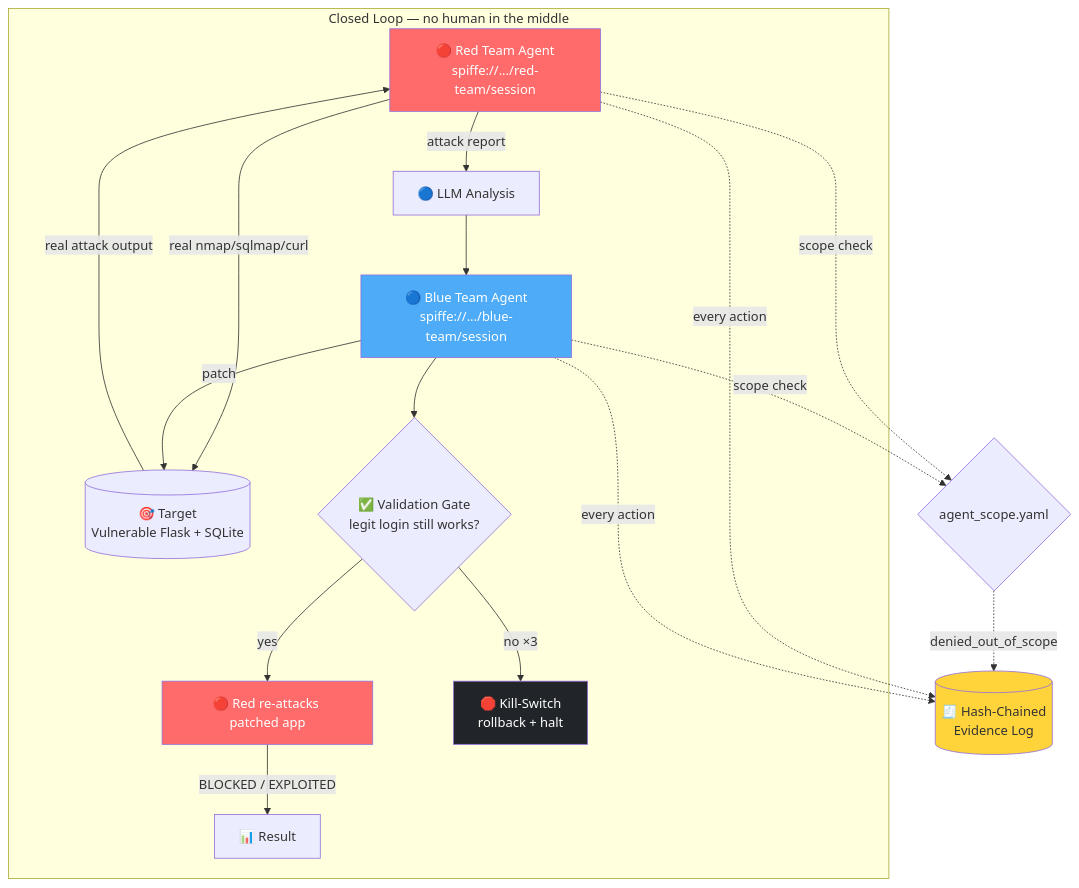
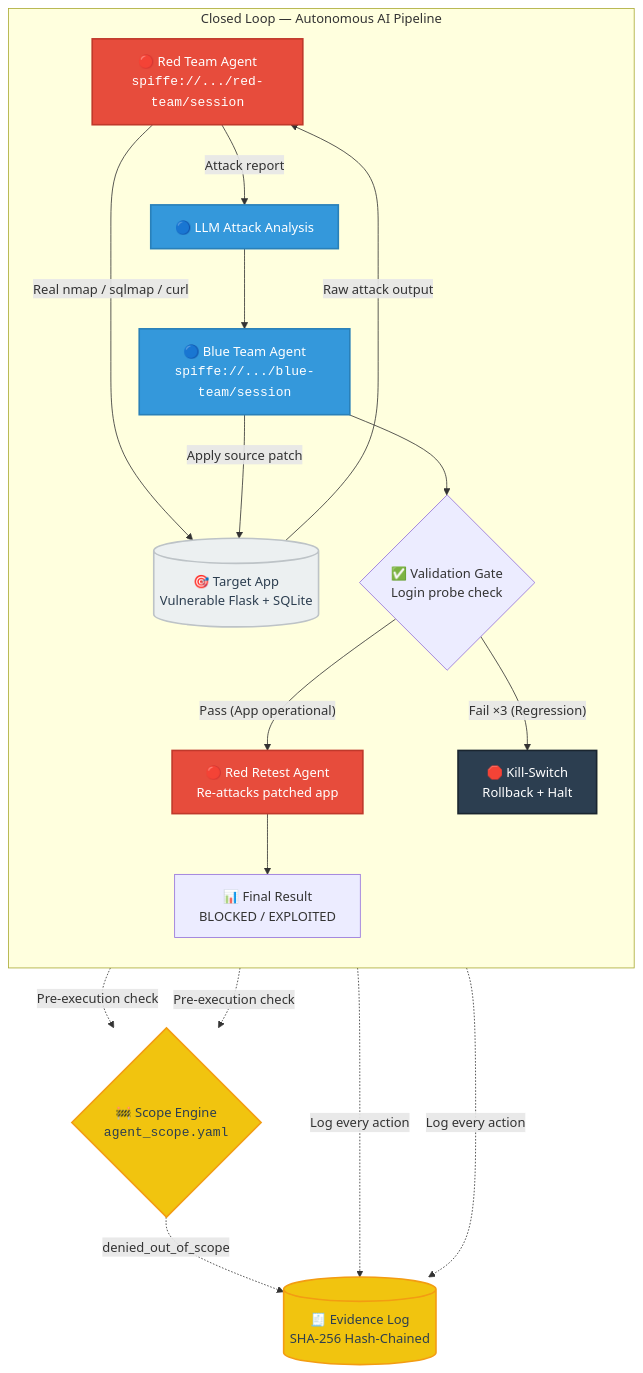
Before and after one commit to AbdaullahAG/autonomous-ai-red-blue-lab: the diagram in README.md, drawn with Mermaid.

Commit message:
Update architecture diagram in README.md

````diff
--- a/README.md
+++ b/README.md
@@ -34,26 +34,48 @@
 ```mermaid
 flowchart TD
-    subgraph Loop["Closed Loop — no human in the middle"]
-        A["🔴 Red Team Agent<br/>spiffe://.../red-team/session"] -->|"real nmap/sqlmap/curl"| T[("🎯 Target<br/>Vulnerable Flask + SQLite")]
-        T -->|"real attack output"| A
-        A -->|"attack report"| L1["🔵 LLM Analysis"]
-        L1 --> B["🔵 Blue Team Agent<br/>spiffe://.../blue-team/session"]
-        B -->|"patch"| T
-        B --> V{"✅ Validation Gate<br/>legit login still works?"}
-        V -- "yes" --> A2["🔴 Red re-attacks patched app"]
-        V -- "no ×3" --> K["🛑 Kill-Switch<br/>rollback + halt"]
-        A2 -->|"BLOCKED / EXPLOITED"| R["📊 Result"]
+    subgraph Loop ["Closed Loop — Autonomous AI Pipeline"]
+        direction TB
+        
+        A["🔴 Red Team Agent<br/><code>spiffe://.../red-team/session</code>"]
+        T[("🎯 Target App<br/>Vulnerable Flask + SQLite")]
+        L1["🔵 LLM Attack Analysis"]
+        B["🔵 Blue Team Agent<br/><code>spiffe://.../blue-team/session</code>"]
+        V{"✅ Validation Gate<br/>Login probe check"}
+        A2["🔴 Red Retest Agent<br/>Re-attacks patched app"]
+        K["🛑 Kill-Switch<br/>Rollback + Halt"]
+        R["📊 Final Result<br/>BLOCKED / EXPLOITED"]
+
+        A -->|"Real nmap / sqlmap / curl"| T
+        T -->|"Raw attack output"| A
+        A -->|"Attack report"| L1
+        L1 --> B
+        B -->|"Apply source patch"| T
+        B --> V
+        V -- "Pass (App operational)" --> A2
+        V -- "Fail ×3 (Regression)" --> K
+        A2 --> R
     end
 
-    A -.->|"every action"| E[("🧾 Hash-Chained<br/>Evidence Log")]
-    B -.->|"every action"| E
-    A -.->|"scope check"| S{"agent_scope.yaml"}
-    B -.->|"scope check"| S
+    E[("🧾 Evidence Log<br/>SHA-256 Hash-Chained")]
+    S{"🚧 Scope Engine<br/><code>agent_scope.yaml</code>"}
+
+    %% External Connections
+    A -.->|"Log every action"| E
+    B -.->|"Log every action"| E
+    A -.->|"Pre-execution check"| S
+    B -.->|"Pre-execution check"| S
     S -.->|"denied_out_of_scope"| E
 
-    style A fill:#ff6b6b,color:#fff
-    style A2 fill:#ff6b6b,color:#fff
-    style B fill:#4dabf7,color:#fff
-    style K fill:#212529,color:#fff
-    style E fill:#ffd43b
+    %% Styling
+    classDef red fill:#e74c3c,stroke:#c0392b,color:#fff,stroke-width:2px;
+    classDef blue fill:#3498db,stroke:#2980b9,color:#fff,stroke-width:2px;
+    classDef dark fill:#2c3e50,stroke:#1a252f,color:#fff,stroke-width:2px;
+    classDef log fill:#f1c40f,stroke:#f39c12,color:#2c3e50,stroke-width:2px;
+    classDef target fill:#ecf0f1,stroke:#bdc3c7,color:#2c3e50,stroke-width:2px;
+
+    class A,A2 red;
+    class B,L1 blue;
+    class K dark;
+    class E,S log;
+    class T target;
 ```
````
